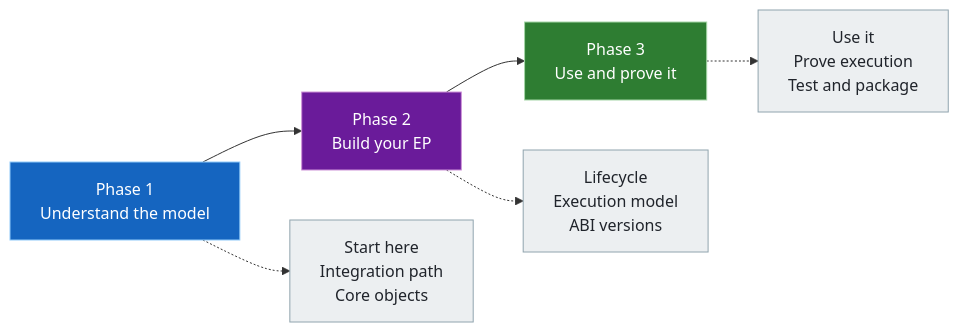
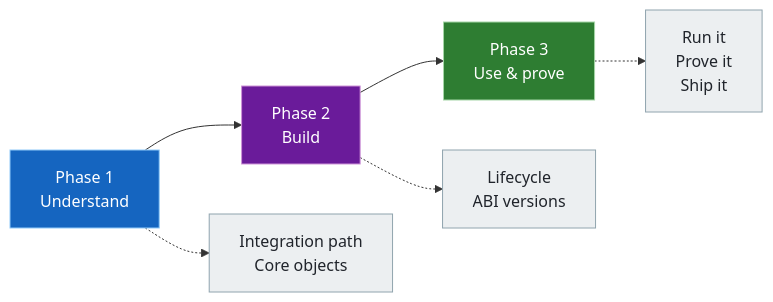
The first of 13 diagrams in PluginEP/README.md (DakeQQ/Tutorial-ONNX-Runtime-Execution-Providers), drawn with Mermaid before and after one commit. The commit also changed other lines of this file and 15 other files, not shown here.

````diff
--- a/PluginEP/README.md
+++ b/PluginEP/README.md
@@ -11,13 +11,16 @@
 ```mermaid
 flowchart LR
-    U["Phase 1<br/>Understand the model"] --> B["Phase 2<br/>Build your EP"] --> P["Phase 3<br/>Use and prove it"]
-    U -.-> Ux["Start here<br/>Integration path<br/>Core objects"]
-    B -.-> Bx["Lifecycle<br/>Execution model<br/>ABI versions"]
-    P -.-> Px["Use it<br/>Prove execution<br/>Test and package"]
+    U["Phase 1<br/>Understand"] --> B["Phase 2<br/>Build"] --> P["Phase 3<br/>Use & prove"]
+    U -.-> Ux["Integration path<br/>Core objects"]
+    B -.-> Bx["Lifecycle<br/>ABI versions"]
+    P -.-> Px["Run it<br/>Prove it<br/>Ship it"]
 
-    style U fill:#1565c0,stroke:#90caf9,color:#ffffff
-    style B fill:#6a1b9a,stroke:#ce93d8,color:#ffffff
-    style P fill:#2e7d32,stroke:#a5d6a7,color:#ffffff
+    class U blue
+    class B purple
+    class P green
+    class Ux,Bx,Px leaf
+    classDef blue fill:#1565c0,stroke:#90caf9,color:#ffffff
+    classDef purple fill:#6a1b9a,stroke:#ce93d8,color:#ffffff
+    classDef green fill:#2e7d32,stroke:#a5d6a7,color:#ffffff
     classDef leaf fill:#eceff1,stroke:#90a4ae,color:#20242b
-    class Ux,Bx,Px leaf
 ```
````
